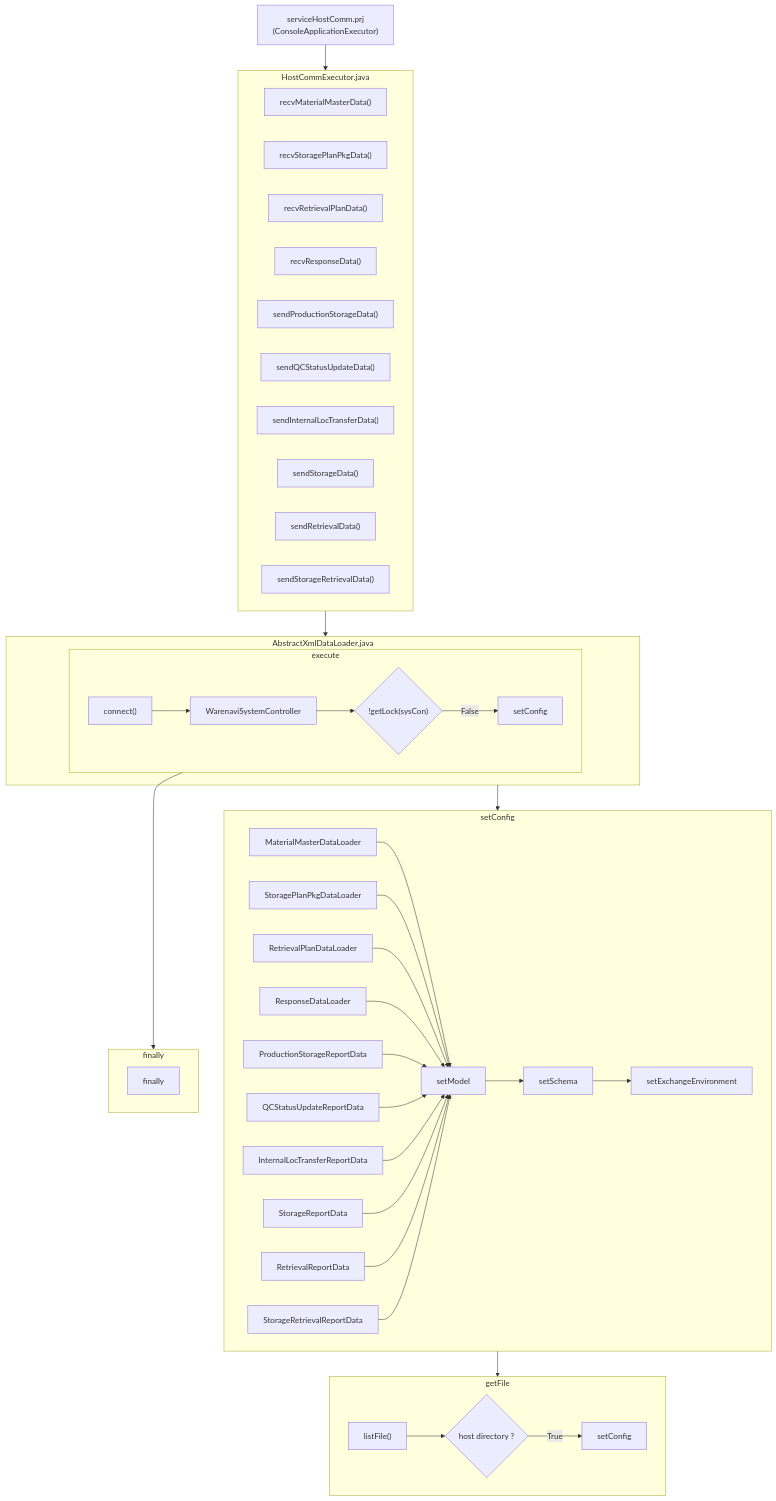
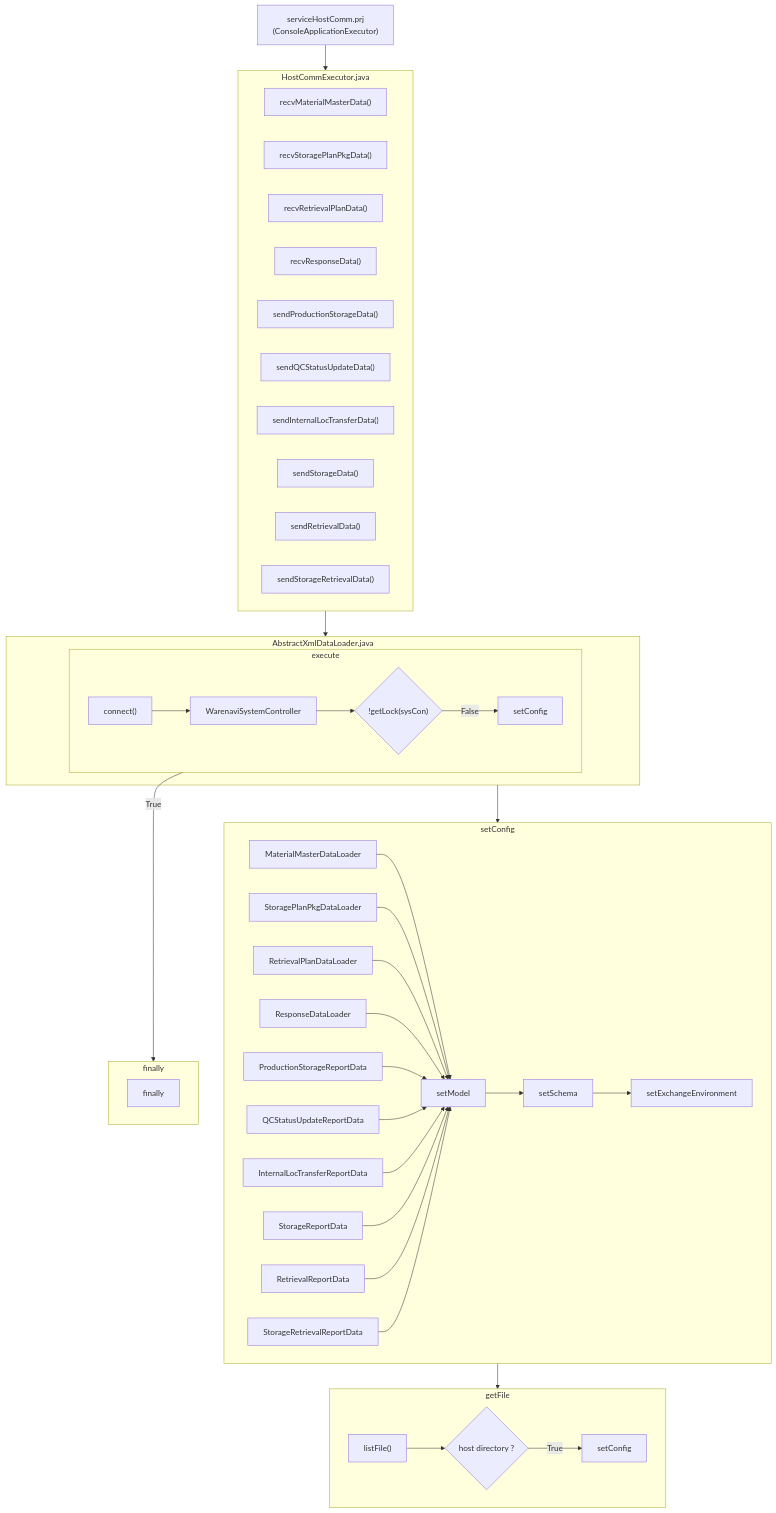
One commit to luthfiadityaa/SimeDarby-Wiki changed the diagram in Basic-Design/Host-Interfaces.md. Above: the diagram before and after it, drawn with Mermaid.

Commit message:
Updated Host Interfaces

```diff
--- a/Basic-Design/Host-Interfaces.md
+++ b/Basic-Design/Host-Interfaces.md
@@ -30,78 +30,78 @@
 ::: mermaid
 flowchart TD
  C1["serviceHostComm.prj<br>(ConsoleApplicationExecutor)"]           
  C1 --> HostCommExecutor.java
  AbstractXmlDataLoader.java
  HostCommExecutor.java --> AbstractXmlDataLoader.java
  AbstractXmlDataLoader.java --> setConfig
  setConfig --> getFile
- execute --> finally
+ execute --> |True| finally
 
 subgraph HostCommExecutor.java
  C2["recvMaterialMasterData()"]
  C3["recvStoragePlanPkgData()"]
  C4["recvRetrievalPlanData()"]
  C5["recvResponseData()"]
  C6["sendProductionStorageData()"]
  C7["sendQCStatusUpdateData()"]
  C8["sendInternalLocTransferData()"]
  C9["sendStorageData()"]
  C10["sendRetrievalData()"]
  C11["sendStorageRetrievalData()"]
 end
 
 subgraph AbstractXmlDataLoader.java
  execute        
 end
 
 subgraph execute
  C13["connect()"]
  C14["WarenaviSystemController"]
  
  Cond1{"!getLock(sysCon)"} 
 
  C16["setConfig"]
 
  C13 --> C14 --> Cond1
  Cond1 --> |False| C16   
 end
 
 subgraph setConfig
 
  E11["setModel"]
  E12["setSchema"]
  E13["setExchangeEnvironment"]
 
  E11--> E12 --> E13
 
  C21["MaterialMasterDataLoader"] --> E11
  C22["StoragePlanPkgDataLoader"] --> E11
  C23["RetrievalPlanDataLoader"] --> E11
  C24["ResponseDataLoader"] --> E11
  C25["ProductionStorageReportData"] --> E11
  C26["QCStatusUpdateReportData"] --> E11
  C27["InternalLocTransferReportData"] --> E11
  C28["StorageReportData"] --> E11
  C29["RetrievalReportData"] --> E11
  C30["StorageRetrievalReportData"] --> E11
             
 end
 
 subgraph getFile
  C31["listFile()"]    
 
  Cond2{"host directory ?"}   
 
  C32["setConfig"]
 
  C31 --> Cond2
 
 Cond2 --> |True| C32
 
 end
 
 subgraph finally
  C15["finally"]
 end
 
 :::
```
